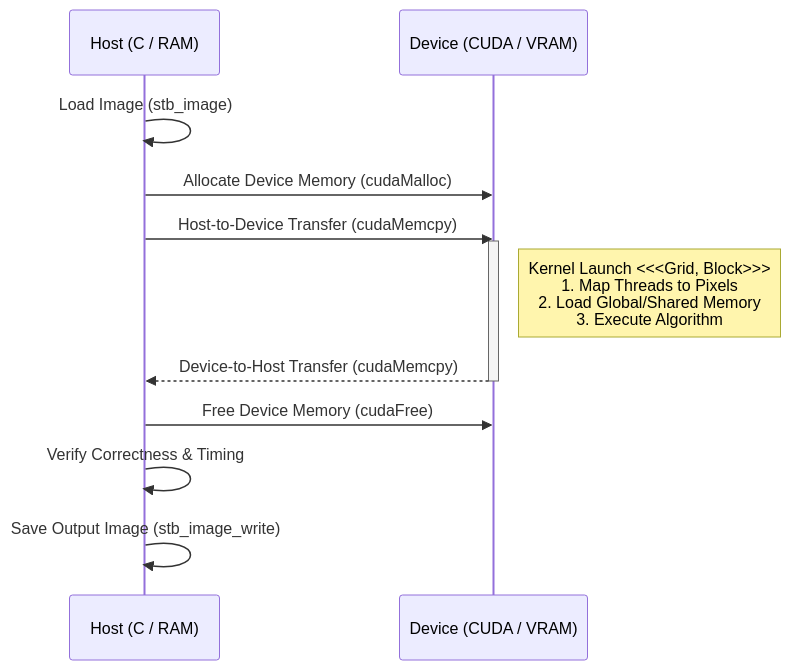
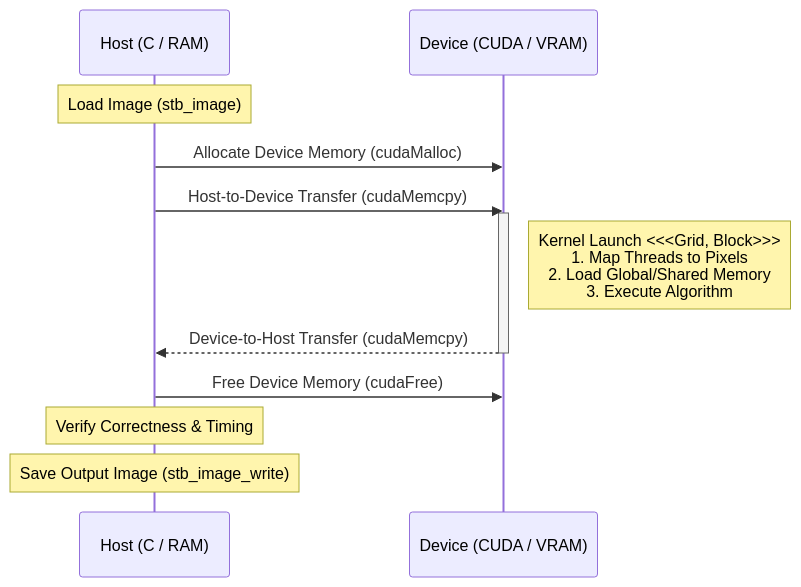
Before and after one commit to Kri311/cuda-image-processing-benchmark: the diagram in README.md, drawn with Mermaid.

Commit message:
chore(fix): modify arrows markings in architecture

````diff
--- a/README.md
+++ b/README.md
@@ -66,18 +66,18 @@
 ```mermaid
 sequenceDiagram
     participant CPU as Host (C / RAM)
     participant GPU as Device (CUDA / VRAM)
 
-    CPU->>CPU: Load Image (stb_image)
+    Note over CPU: Load Image (stb_image)
     CPU->>GPU: Allocate Device Memory (cudaMalloc)
     CPU->>GPU: Host-to-Device Transfer (cudaMemcpy)
     
     activate GPU
     Note right of GPU: Kernel Launch <<<Grid, Block>>><br/>1. Map Threads to Pixels<br/>2. Load Global/Shared Memory<br/>3. Execute Algorithm
     GPU-->>CPU: Device-to-Host Transfer (cudaMemcpy)
     deactivate GPU
     
     CPU->>GPU: Free Device Memory (cudaFree)
-    CPU->>CPU: Verify Correctness & Timing
-    CPU->>CPU: Save Output Image (stb_image_write)
+    Note over CPU: Verify Correctness & Timing
+    Note over CPU: Save Output Image (stb_image_write)
 ```
````
